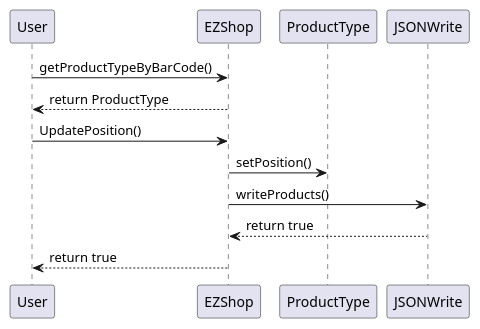
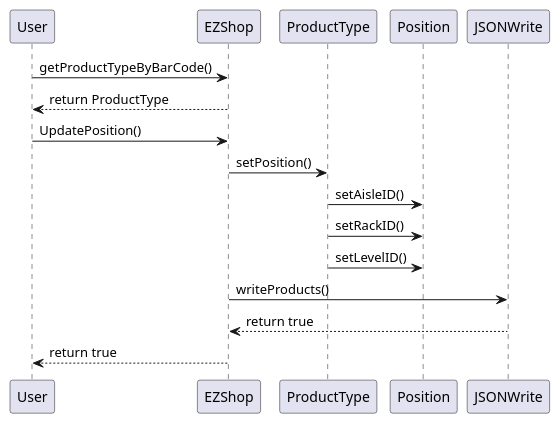
One commit to giuseppesalvi/ezshop changed the fourth of 15 diagrams in Deliverables/DesignDocument.md. Above: the diagram before and after it, drawn with PlantUML.

Commit message:
Update DesignDocument.md minor fix

````diff
--- a/Deliverables/DesignDocument.md
+++ b/Deliverables/DesignDocument.md
@@ -302,15 +302,19 @@
 ```plantuml
 @startuml
 participant User
 participant EZShop
 participant ProductType
+participant Position
 participant JSONWrite
 User -> EZShop : getProductTypeByBarCode()
 User <-- EZShop : return ProductType
 User -> EZShop : UpdatePosition()
 EZShop -> ProductType : setPosition()
+ProductType -> Position : setAisleID()
+ProductType -> Position : setRackID()
+ProductType -> Position : setLevelID()
 EZShop -> JSONWrite : writeProducts()
 EZShop <-- JSONWrite : return true
 User <-- EZShop : return true
 @enduml
 ```
````
